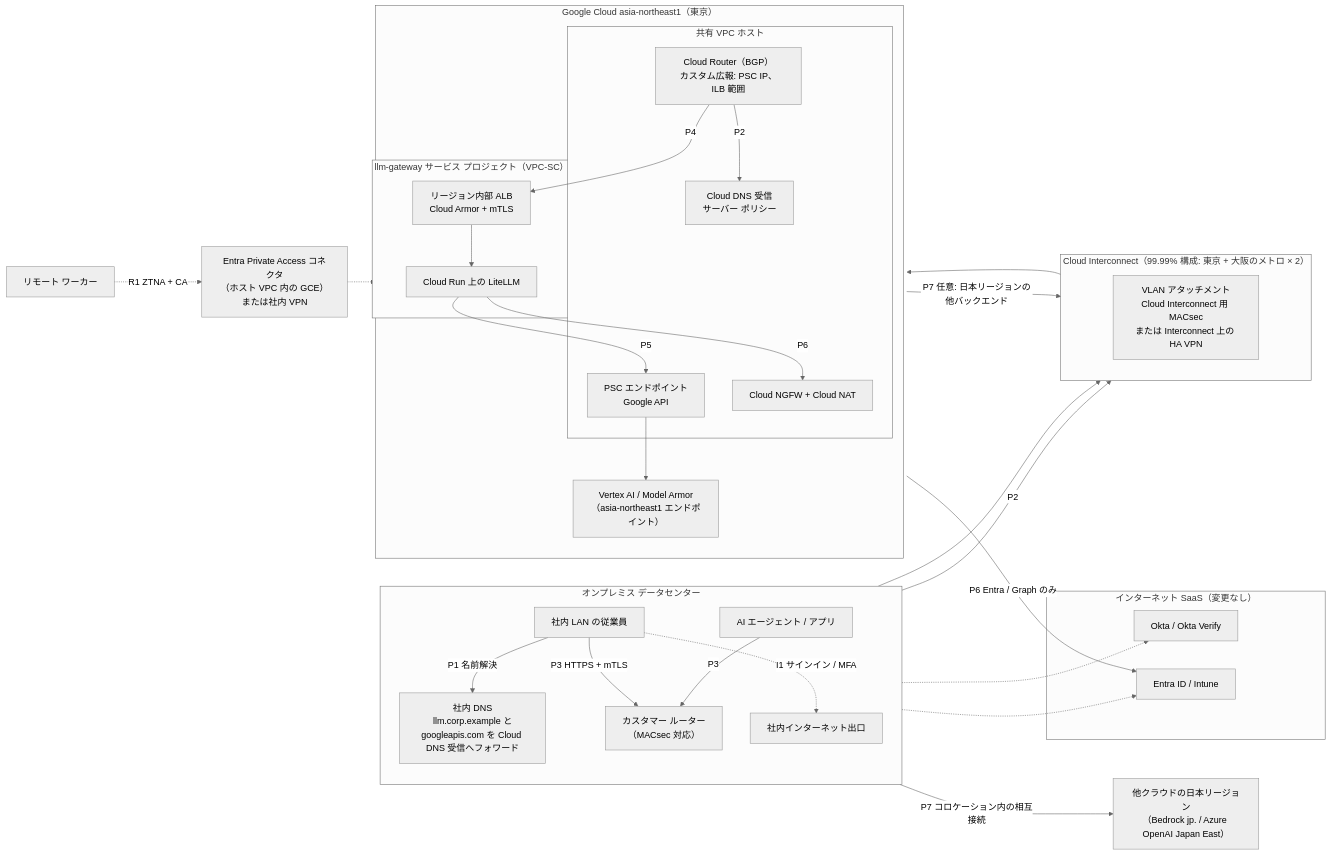
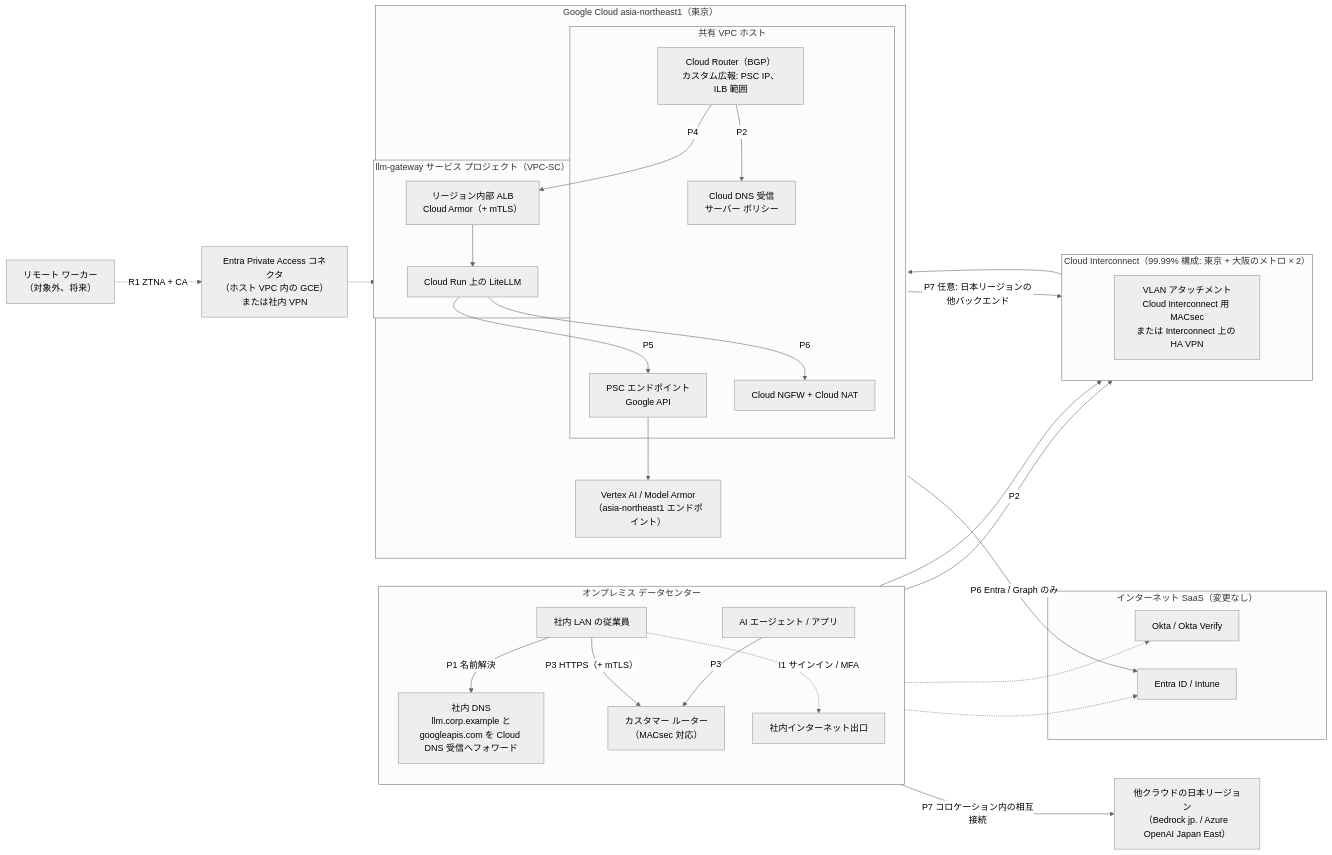
The third of 5 diagrams in docs/jp/07-private-connectivity.md (minddrop/llm-gateway-comparison), drawn with Mermaid (neutral theme) before and after one commit. The commit also changed other lines of this file and 10 other files, not shown here.

````diff
--- a/docs/jp/07-private-connectivity.md
+++ b/docs/jp/07-private-connectivity.md
@@ -163,56 +175,56 @@
 ```mermaid
 flowchart LR
     subgraph ONP["オンプレミス データセンター"]
         direction TB
         UOP["社内 LAN の従業員"]
         AGOP["AI エージェント / アプリ"]
         ODNS["社内 DNS<br/>llm.corp.example と<br/>googleapis.com を Cloud DNS 受信へフォワード"]
         CER["カスタマー ルーター<br/>（MACsec 対応）"]
         INET["社内インターネット出口"]
     end
 
     subgraph IC["Cloud Interconnect（99.99% 構成: 東京 + 大阪のメトロ × 2）"]
         direction TB
         VLAN["VLAN アタッチメント<br/>Cloud Interconnect 用 MACsec<br/>または Interconnect 上の HA VPN"]
     end
 
     subgraph GCPR["Google Cloud asia-northeast1（東京）"]
         direction TB
         subgraph HOSTP["共有 VPC ホスト"]
             CR["Cloud Router（BGP）<br/>カスタム広報: PSC IP、ILB 範囲"]
             DNSIN["Cloud DNS 受信<br/>サーバー ポリシー"]
             PSC["PSC エンドポイント<br/>Google API"]
             NAT["Cloud NGFW + Cloud NAT"]
         end
         subgraph SVCP["llm-gateway サービス プロジェクト（VPC-SC）"]
-            ILB["リージョン内部 ALB<br/>Cloud Armor + mTLS"]
+            ILB["リージョン内部 ALB<br/>Cloud Armor（+ mTLS）"]
             RUN["Cloud Run 上の LiteLLM"]
         end
         VTX["Vertex AI / Model Armor<br/>（asia-northeast1 エンドポイント）"]
     end
 
     subgraph SAAS["インターネット SaaS（変更なし）"]
         ENTRA["Entra ID / Intune"]
         OKTA["Okta / Okta Verify"]
     end
 
     XC["他クラウドの日本リージョン<br/>（Bedrock jp. / Azure OpenAI Japan East）"]
-    REM["リモート ワーカー"]
+    REM["リモート ワーカー<br/>（対象外、将来）"]
     ZT["Entra Private Access コネクタ<br/>（ホスト VPC 内の GCE）または社内 VPN"]
 
     UOP -->|"P1 名前解決"| ODNS -->|"P2"| VLAN
     VLAN --> CR -->|"P2"| DNSIN
-    UOP -->|"P3 HTTPS + mTLS"| CER
+    UOP -->|"P3 HTTPS（+ mTLS）"| CER
     AGOP -->|"P3"| CER
     CER --> VLAN
     CR -->|"P4"| ILB --> RUN
     RUN -->|"P5"| PSC --> VTX
     RUN -->|"P6"| NAT -->|"P6 Entra / Graph のみ"| ENTRA
     CR -->|"P7 任意: 日本リージョンの他バックエンド"| VLAN
     CER -->|"P7 コロケーション内の相互接続"| XC
     UOP -.->|"I1 サインイン / MFA"| INET
     INET -.-> ENTRA
     INET -.-> OKTA
     REM -.->|"R1 ZTNA + CA"| ZT
     ZT -.-> ILB
 ```
````
